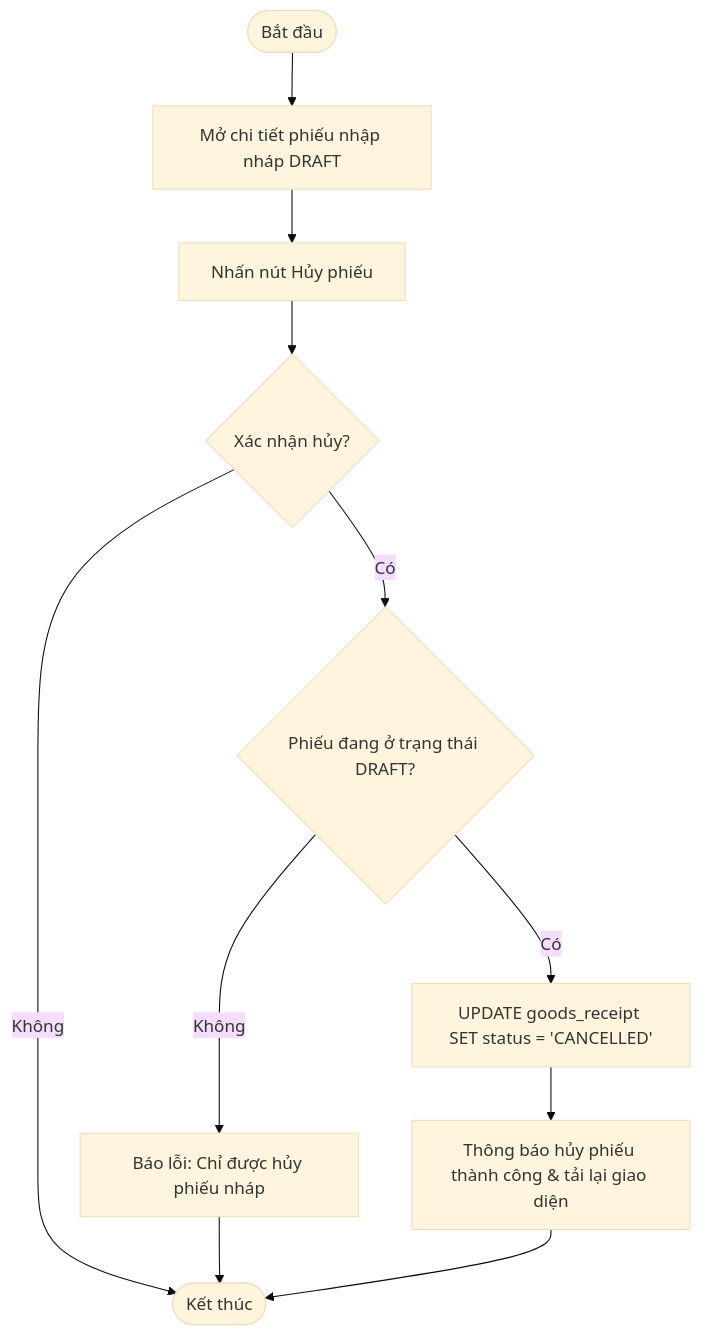
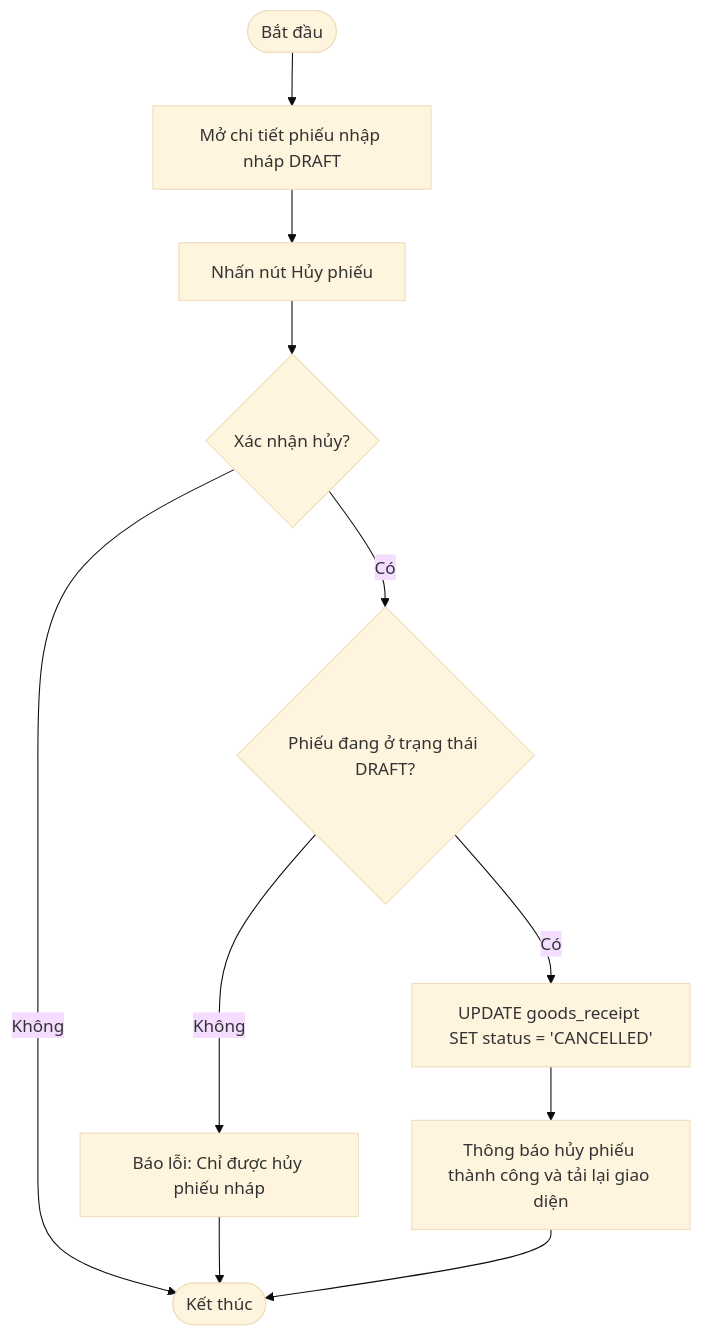
Before and after one commit to ngocuyenle15/PIS-CNPM: diagram 24 of 32 in a.md, drawn with Mermaid (base theme). The commit also changed other lines of this file, not shown here.

````diff
--- a/a.md
+++ b/a.md
@@ -338,11 +338,11 @@
 ```mermaid
 flowchart TD
     Start([Bắt đầu]) --> OpenDraft[Mở chi tiết phiếu nhập nháp DRAFT]
     OpenDraft --> ClickCancel[Nhấn nút Hủy phiếu]
     ClickCancel --> ConfirmDialog{Xác nhận hủy?}
     ConfirmDialog -- Không --> End([Kết thúc])
     ConfirmDialog -- Có --> StateCheck{Phiếu đang ở trạng thái DRAFT?}
     StateCheck -- Không --> Error[Báo lỗi: Chỉ được hủy phiếu nháp] --> End
     StateCheck -- Có --> UpdateState[UPDATE goods_receipt SET status = 'CANCELLED']
-    UpdateState --> ShowSuccess[Thông báo hủy phiếu thành công & tải lại giao diện] --> End
+    UpdateState --> ShowSuccess[Thông báo hủy phiếu thành công và tải lại giao diện] --> End
 ```
````
